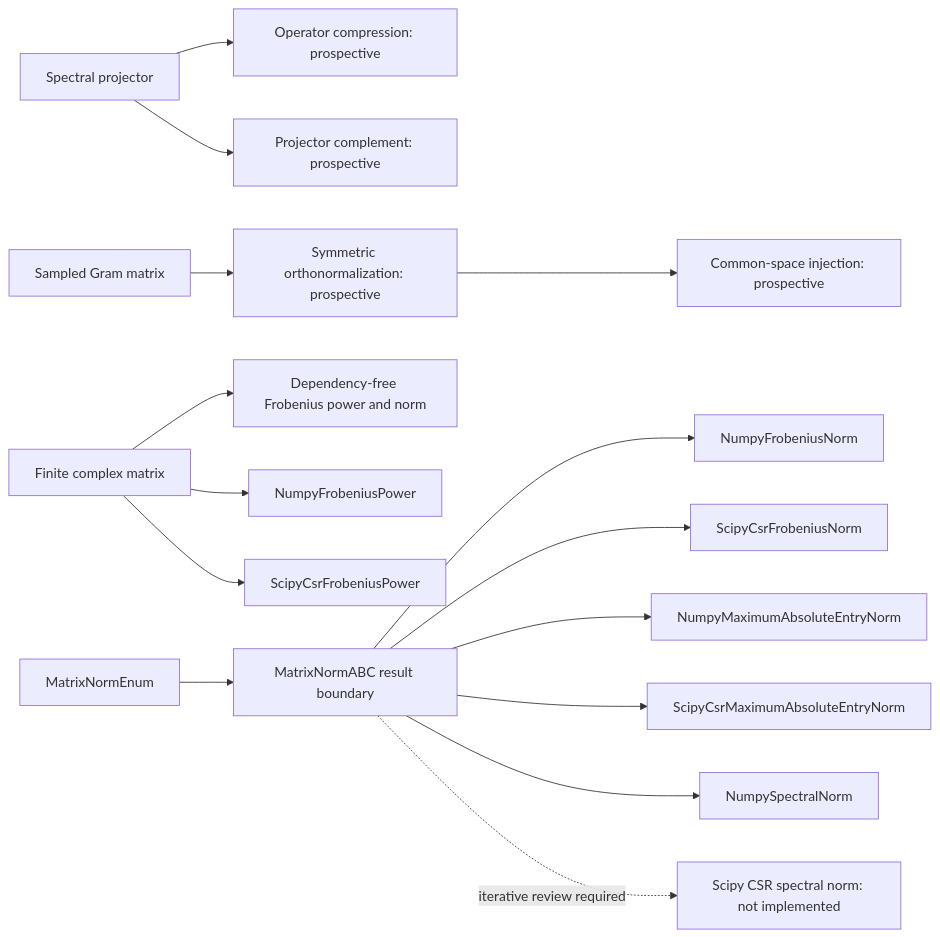
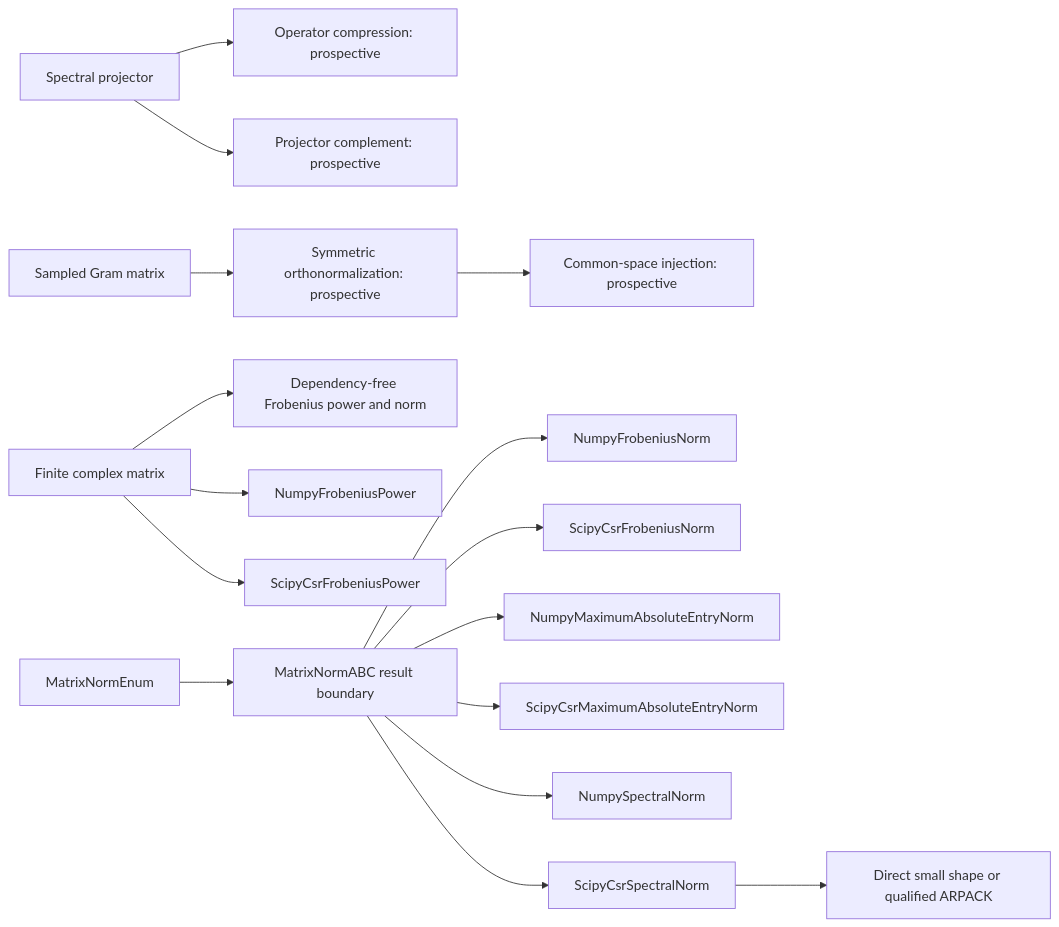
Before and after one commit to eragasa/projectkoios-optimization: the fourth of 6 diagrams in docs/architecture/projectkoios/numerics/linalg/schematics.md, drawn with Mermaid. The commit also changed other lines of this file and 29 other files, not shown here.

Commit message:
Add SciPy CSR spectral norm

````diff
--- a/docs/architecture/projectkoios/numerics/linalg/schematics.md
+++ b/docs/architecture/projectkoios/numerics/linalg/schematics.md
@@ -89,17 +88,18 @@
 ```mermaid
 flowchart LR
     P[Spectral projector] --> C[Operator compression: prospective]
     P --> K[Projector complement: prospective]
     G[Sampled Gram matrix] --> O[Symmetric orthonormalization: prospective]
     O --> J[Common-space injection: prospective]
     N[Finite complex matrix] --> F[Dependency-free Frobenius power and norm]
     N --> U[NumpyFrobeniusPower]
     N --> R[ScipyCsrFrobeniusPower]
     E[MatrixNormEnum] --> A[MatrixNormABC result boundary]
     A --> B[NumpyFrobeniusNorm]
     A --> S[ScipyCsrFrobeniusNorm]
     A --> M[NumpyMaximumAbsoluteEntryNorm]
     A --> Q[ScipyCsrMaximumAbsoluteEntryNorm]
     A --> D[NumpySpectralNorm]
-    A -. iterative review required .-> H[Scipy CSR spectral norm: not implemented]
+    A --> H[ScipyCsrSpectralNorm]
+    H --> I[Direct small shape or qualified ARPACK]
 ```
````
